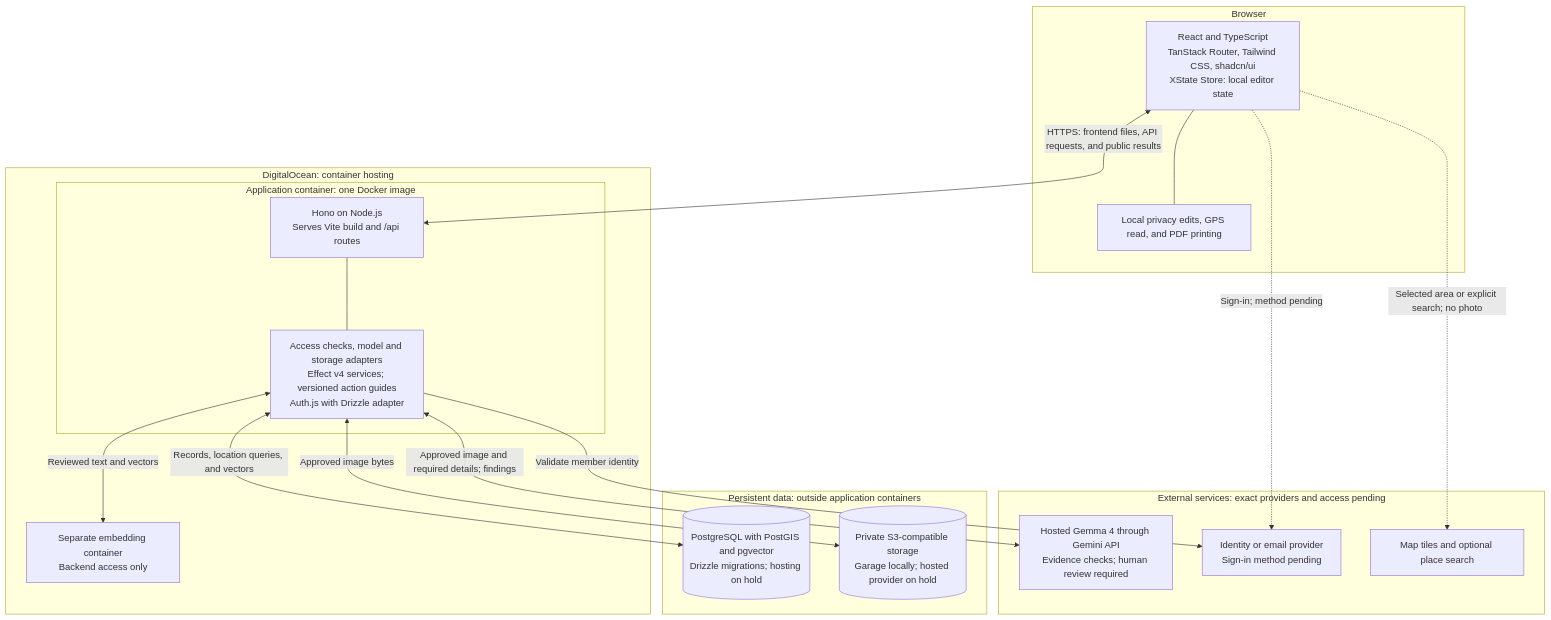
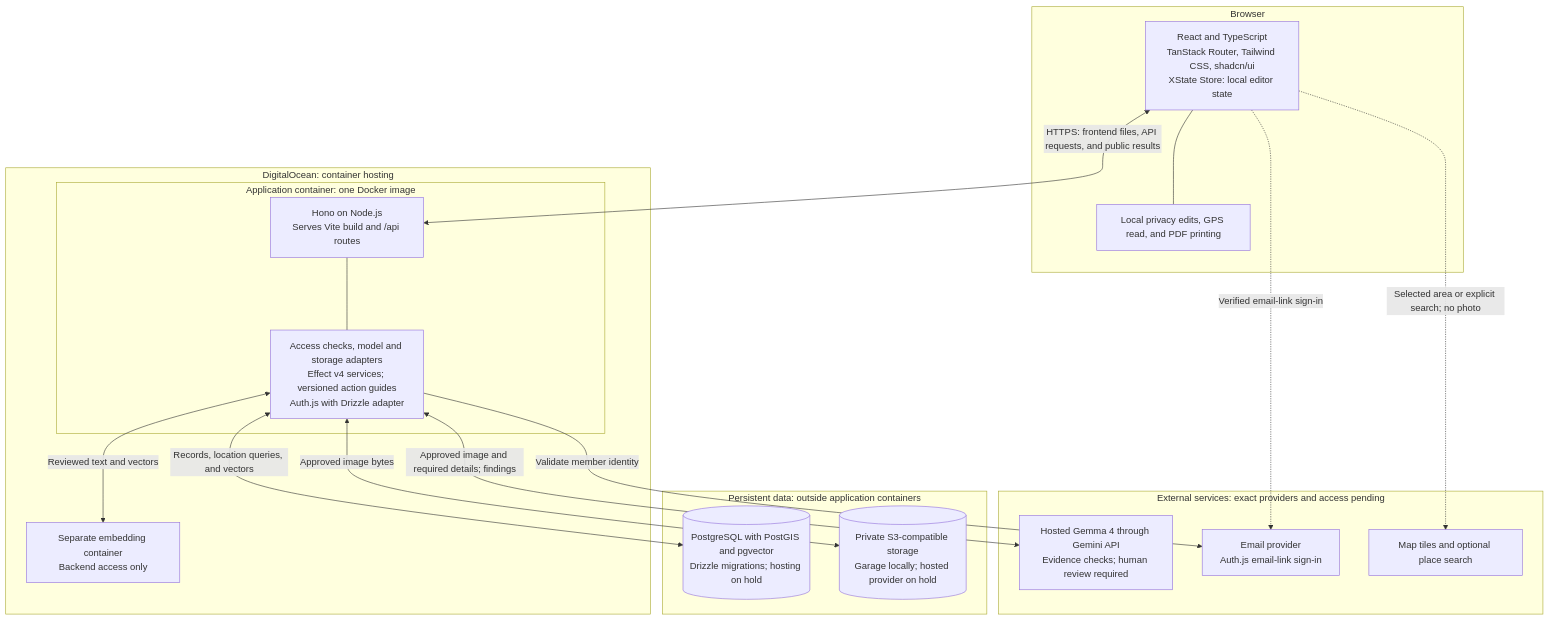
The second of 2 diagrams in WORKFLOW.md (sasivarnan/civic-lens), drawn with Mermaid before and after one commit. The commit also changed other lines of this file and 8 other files, not shown here.

````diff
--- a/WORKFLOW.md
+++ b/WORKFLOW.md
@@ -102,33 +102,33 @@
 ```mermaid
 flowchart TB
     subgraph DEVICE["Browser"]
         UI["React and TypeScript<br/>TanStack Router, Tailwind CSS, shadcn/ui<br/>XState Store: local editor state"]
         LOCAL["Local privacy edits, GPS read, and PDF printing"]
         UI --- LOCAL
     end
     subgraph DO["DigitalOcean: container hosting"]
         subgraph APP["Application container: one Docker image"]
             WEB["Hono on Node.js<br/>Serves Vite build and /api routes"]
             RULES["Access checks, model and storage adapters<br/>Effect v4 services; versioned action guides<br/>Auth.js with Drizzle adapter"]
             WEB --- RULES
         end
         MODEL["Separate embedding container<br/>Backend access only"]
         RULES <-->|"Reviewed text and vectors"| MODEL
     end
     subgraph STORAGE["Persistent data: outside application containers"]
         DB[("PostgreSQL with PostGIS and pgvector<br/>Drizzle migrations; hosting on hold")]
         OBJECTS[("Private S3-compatible storage<br/>Garage locally; hosted provider on hold")]
     end
     subgraph EXTERNAL["External services: exact providers and access pending"]
         GEMMA["Hosted Gemma 4 through Gemini API<br/>Evidence checks; human review required"]
-        AUTH["Identity or email provider<br/>Sign-in method pending"]
+        AUTH["Email provider<br/>Auth.js email-link sign-in"]
         MAP["Map tiles and optional place search"]
     end
     UI <-->|"HTTPS: frontend files, API requests, and public results"| WEB
-    UI -.->|"Sign-in; method pending"| AUTH
+    UI -.->|"Verified email-link sign-in"| AUTH
     RULES -->|"Validate member identity"| AUTH
     RULES <-->|"Approved image and required details; findings"| GEMMA
     RULES <-->|"Records, location queries, and vectors"| DB
     RULES <-->|"Approved image bytes"| OBJECTS
     UI -.->|"Selected area or explicit search; no photo"| MAP
 ```
````
